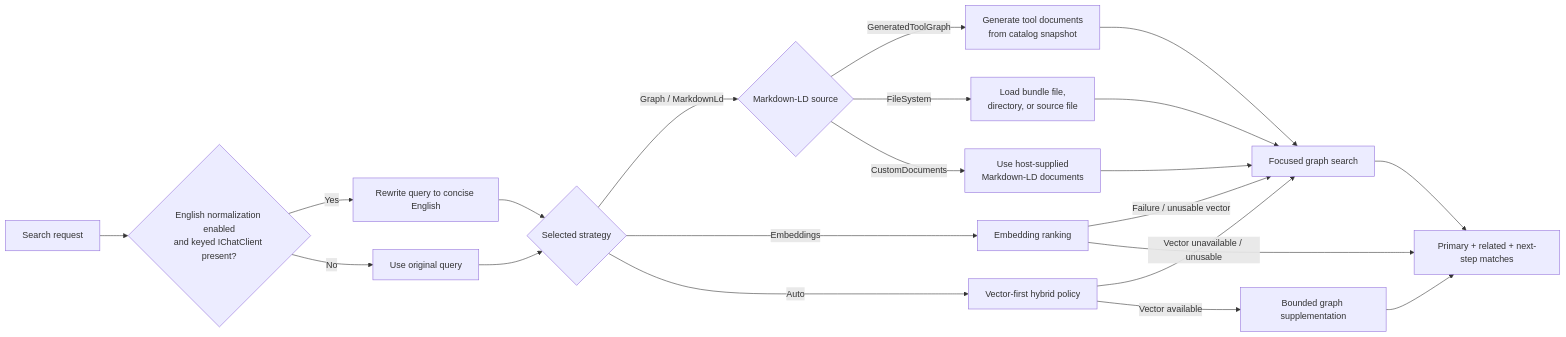
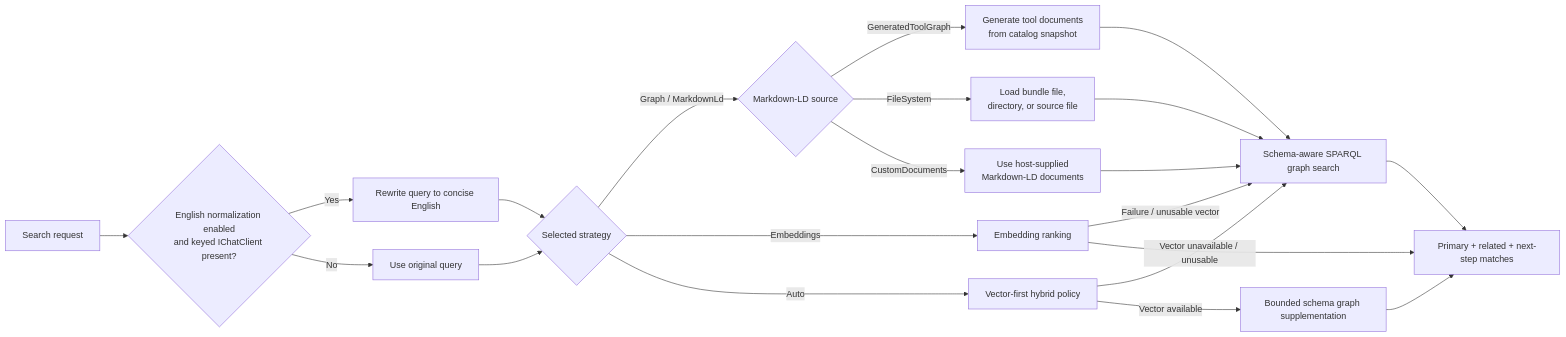
One commit to managedcode/MCPGateway changed the diagram in docs/Features/SearchQueryNormalizationAndRanking.md. Above: the diagram before and after it, drawn with Mermaid. The commit also changed other lines of this file and 66 other files, not shown here.

Commit message:
Optimize schema-aware graph search

````diff
--- a/docs/Features/SearchQueryNormalizationAndRanking.md
+++ b/docs/Features/SearchQueryNormalizationAndRanking.md
@@ -60,23 +65,23 @@
 ```mermaid
 flowchart LR
     Request["Search request"] --> Normalize{"English normalization enabled\nand keyed IChatClient present?"}
     Normalize -->|Yes| Rewrite["Rewrite query to concise English"]
     Normalize -->|No| Original["Use original query"]
     Rewrite --> Strategy{"Selected strategy"}
     Original --> Strategy
     Strategy -->|Graph / MarkdownLd| GraphSource{"Markdown-LD source"}
     GraphSource -->|GeneratedToolGraph| Generated["Generate tool documents\nfrom catalog snapshot"]
     GraphSource -->|FileSystem| FileDocs["Load bundle file,\ndirectory, or source file"]
     GraphSource -->|CustomDocuments| CustomDocs["Use host-supplied\nMarkdown-LD documents"]
-    Generated --> Graph["Focused graph search"]
+    Generated --> Graph["Schema-aware SPARQL graph search"]
     FileDocs --> Graph
     CustomDocs --> Graph
     Strategy -->|Embeddings| Vector["Embedding ranking"]
     Strategy -->|Auto| Policy["Vector-first hybrid policy"]
     Vector -->|Failure / unusable vector| Graph
     Policy -->|Vector unavailable / unusable| Graph
-    Policy -->|Vector available| AutoGraph["Bounded graph supplementation"]
+    Policy -->|Vector available| AutoGraph["Bounded schema graph supplementation"]
     Graph --> Result["Primary + related + next-step matches"]
     AutoGraph --> Result
     Vector --> Result
 ```
````
